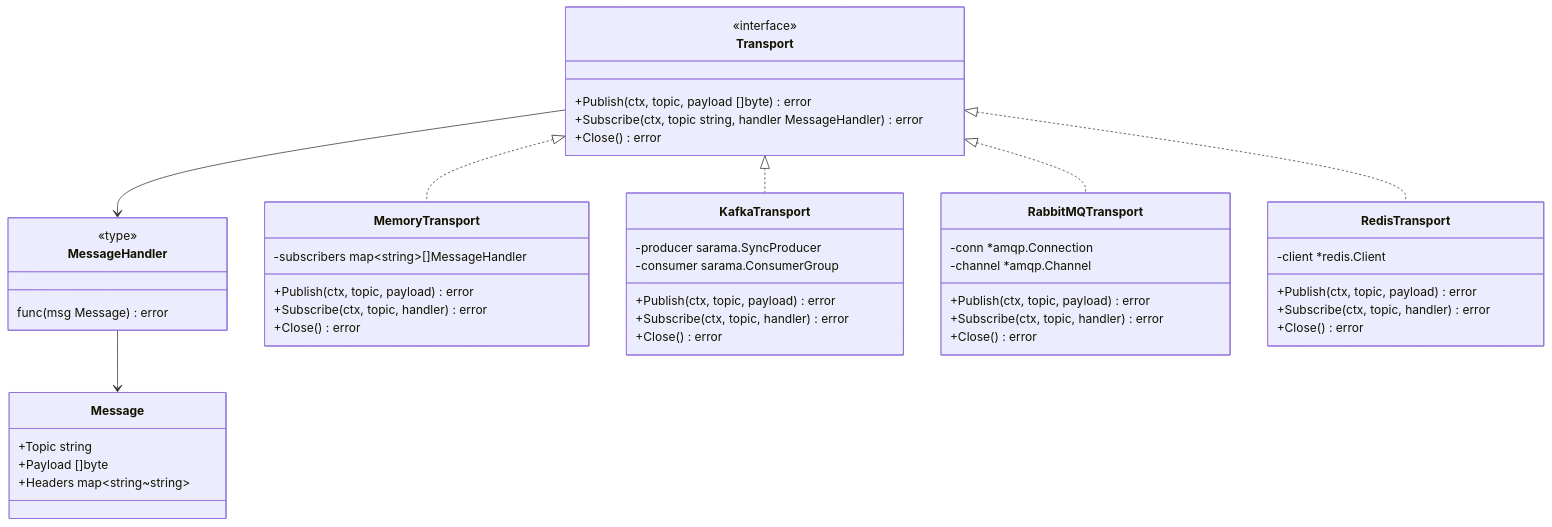
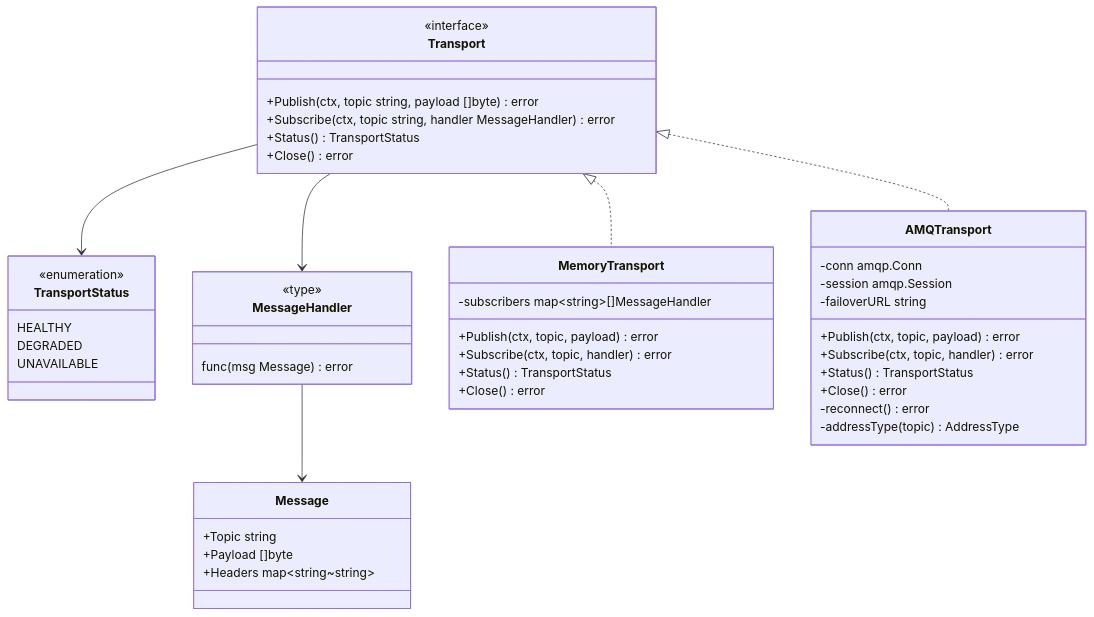
One commit to emirbh/misc changed diagram 11 of 19 in data-model-registry/dmr-sync-design.md. Above: the diagram before and after it, drawn with Mermaid. The commit also changed other lines of this file, not shown here.

Commit message:
dmr sync

````diff
--- a/data-model-registry/dmr-sync-design.md
+++ b/data-model-registry/dmr-sync-design.md
@@ -298,57 +507,54 @@
 ```mermaid
 classDiagram
     class Transport {
         <<interface>>
-        +Publish(ctx, topic, payload []byte) error
+        +Publish(ctx, topic string, payload []byte) error
         +Subscribe(ctx, topic string, handler MessageHandler) error
+        +Status() TransportStatus
         +Close() error
+    }
+
+    class TransportStatus {
+        <<enumeration>>
+        HEALTHY
+        DEGRADED
+        UNAVAILABLE
     }
 
     class MessageHandler {
         <<type>>
         func(msg Message) error
     }
 
     class Message {
-        +Topic    string
-        +Payload  []byte
-        +Headers  map~string~string~
+        +Topic   string
+        +Payload []byte
+        +Headers map~string~string~
     }
 
     class MemoryTransport {
         -subscribers map~string~[]MessageHandler
         +Publish(ctx, topic, payload) error
         +Subscribe(ctx, topic, handler) error
+        +Status() TransportStatus
         +Close() error
     }
 
-    class KafkaTransport {
-        -producer sarama.SyncProducer
-        -consumer sarama.ConsumerGroup
+    class AMQTransport {
+        -conn        amqp.Conn
+        -session     amqp.Session
+        -failoverURL string
         +Publish(ctx, topic, payload) error
         +Subscribe(ctx, topic, handler) error
+        +Status() TransportStatus
         +Close() error
-    }
-
-    class RabbitMQTransport {
-        -conn *amqp.Connection
-        -channel *amqp.Channel
-        +Publish(ctx, topic, payload) error
-        +Subscribe(ctx, topic, handler) error
-        +Close() error
-    }
-
-    class RedisTransport {
-        -client *redis.Client
-        +Publish(ctx, topic, payload) error
-        +Subscribe(ctx, topic, handler) error
-        +Close() error
+        -reconnect() error
+        -addressType(topic) AddressType
     }
 
     Transport <|.. MemoryTransport
-    Transport <|.. KafkaTransport
-    Transport <|.. RabbitMQTransport
-    Transport <|.. RedisTransport
+    Transport <|.. AMQTransport
+    Transport --> TransportStatus
     Transport --> MessageHandler
     MessageHandler --> Message
 ```
````
